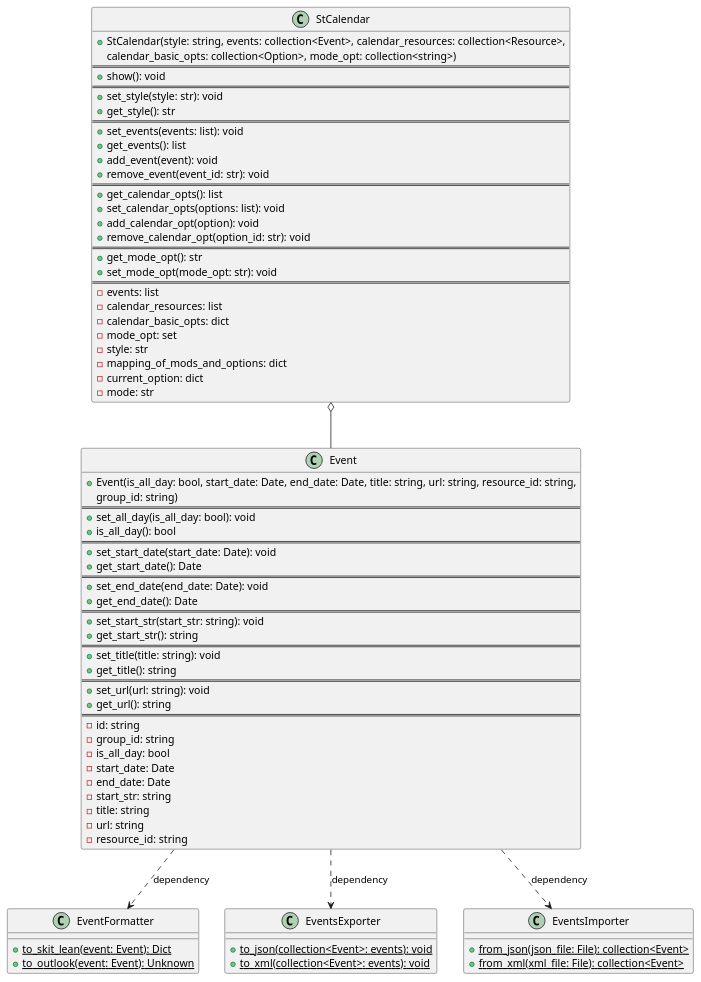
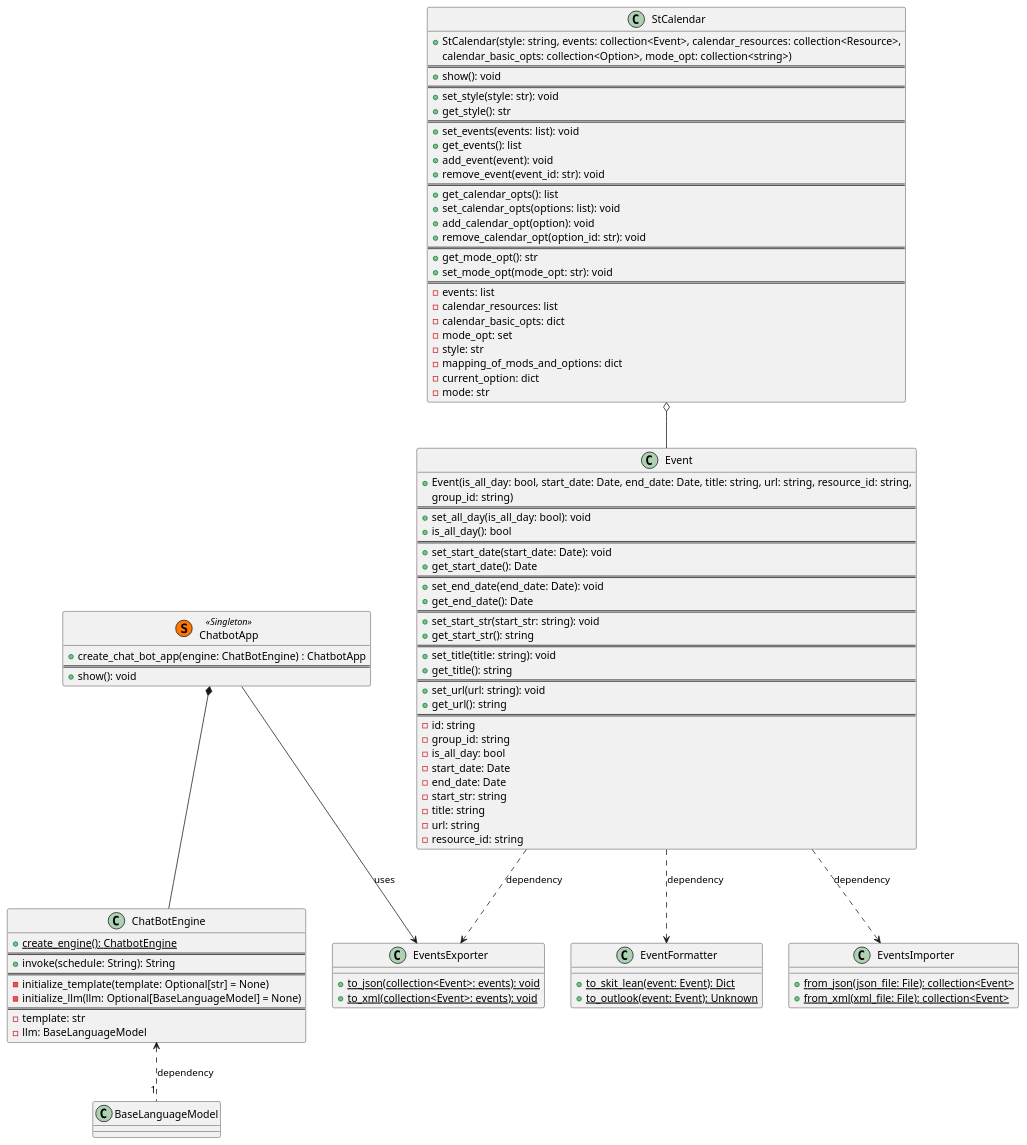
The diagram in uml-diagram/chronastra.puml (SirArt25/Chronastra), drawn with PlantUML before and after one commit. The commit also changed 1 other file, not shown here.

```diff
--- a/uml-diagram/chronastra.puml
+++ b/uml-diagram/chronastra.puml
@@ -1,89 +1,111 @@
 @startuml
+
 class Event{
     + Event(is_all_day: bool, start_date: Date, end_date: Date, title: string, url: string, resource_id: string,
         group_id: string)
     ===
     + set_all_day(is_all_day: bool): void
     + is_all_day(): bool
     ===
     + set_start_date(start_date: Date): void
     + get_start_date(): Date
     ===
     + set_end_date(end_date: Date): void
     + get_end_date(): Date
     ===
     + set_start_str(start_str: string): void
     + get_start_str(): string
     ===
     + set_title(title: string): void
     + get_title(): string
     ===
     + set_url(url: string): void
     + get_url(): string
     ===
     - id: string
     - group_id: string
     - is_all_day: bool
     - start_date: Date
     - end_date: Date
     - start_str: string
     - title: string
     - url: string
     - resource_id: string
+}
+
+class ChatBotEngine {
+    + {static} create_engine(): ChatbotEngine
+    ===
+    + invoke(schedule: String): String
+    ===
+    - initialize_template(template: Optional[str] = None)
+    - initialize_llm(llm: Optional[BaseLanguageModel] = None)
+    ===
+    - template: str
+    - llm: BaseLanguageModel
+}
+
+class ChatbotApp  << (S,#FF7700) Singleton >> {
+    + create_chat_bot_app(engine: ChatBotEngine) : ChatbotApp
+    ===
+    + show(): void
 }
 
 
 class EventFormatter{
     {static} + to_skit_lean(event: Event): Dict
     {static} + to_outlook(event: Event): Unknown
 }
 
 class EventsExporter{
     {static} + to_json(collection<Event>: events): void
     {static} + to_xml(collection<Event>: events): void
 }
 
 class EventsImporter{
     {static} + from_json(json_file: File): collection<Event>
     {static} + from_xml(xml_file: File): collection<Event>
 }
 
 class StCalendar {
     +StCalendar(style: string, events: collection<Event>, calendar_resources: collection<Resource>,
     calendar_basic_opts: collection<Option>, mode_opt: collection<string>)
     ===
     +show(): void
     ===
     +set_style(style: str): void
     +get_style(): str
     ===
     +set_events(events: list): void
     +get_events(): list
     +add_event(event): void
     +remove_event(event_id: str): void
     ===
     +get_calendar_opts(): list
     +set_calendar_opts(options: list): void
     +add_calendar_opt(option): void
     +remove_calendar_opt(option_id: str): void
     ===
     +get_mode_opt(): str
     +set_mode_opt(mode_opt: str): void
     ===
     -events: list
     -calendar_resources: list
     -calendar_basic_opts: dict
     -mode_opt: set
     -style: str
     -mapping_of_mods_and_options: dict
     -current_option: dict
     -mode: str
 }
 
 
 
 StCalendar o-- Event
+ChatbotApp *-- ChatBotEngine
 Event ..> EventFormatter : dependency
 Event ..> EventsExporter : dependency
 Event ..> EventsImporter : dependency
+ChatbotApp --> EventsExporter : uses
+ChatBotEngine  <.. "1" BaseLanguageModel : dependency
 @enduml
```
